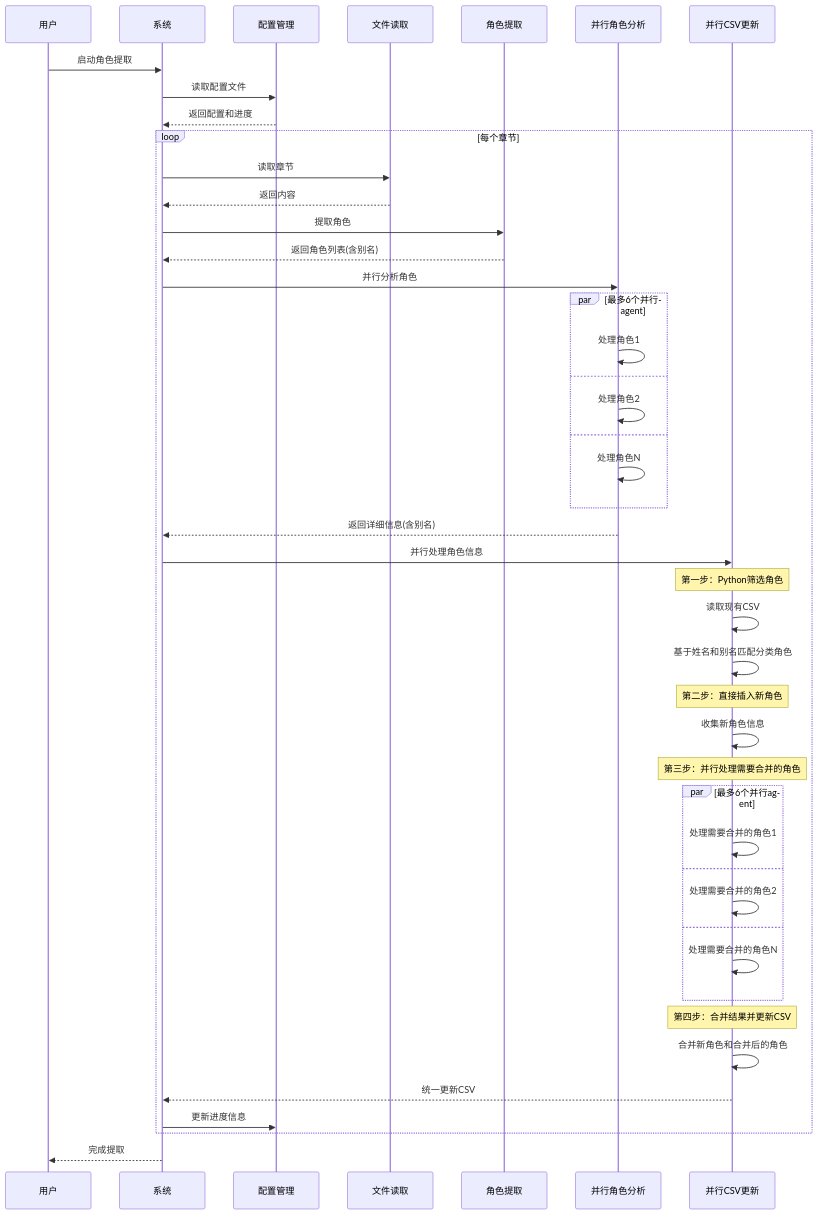
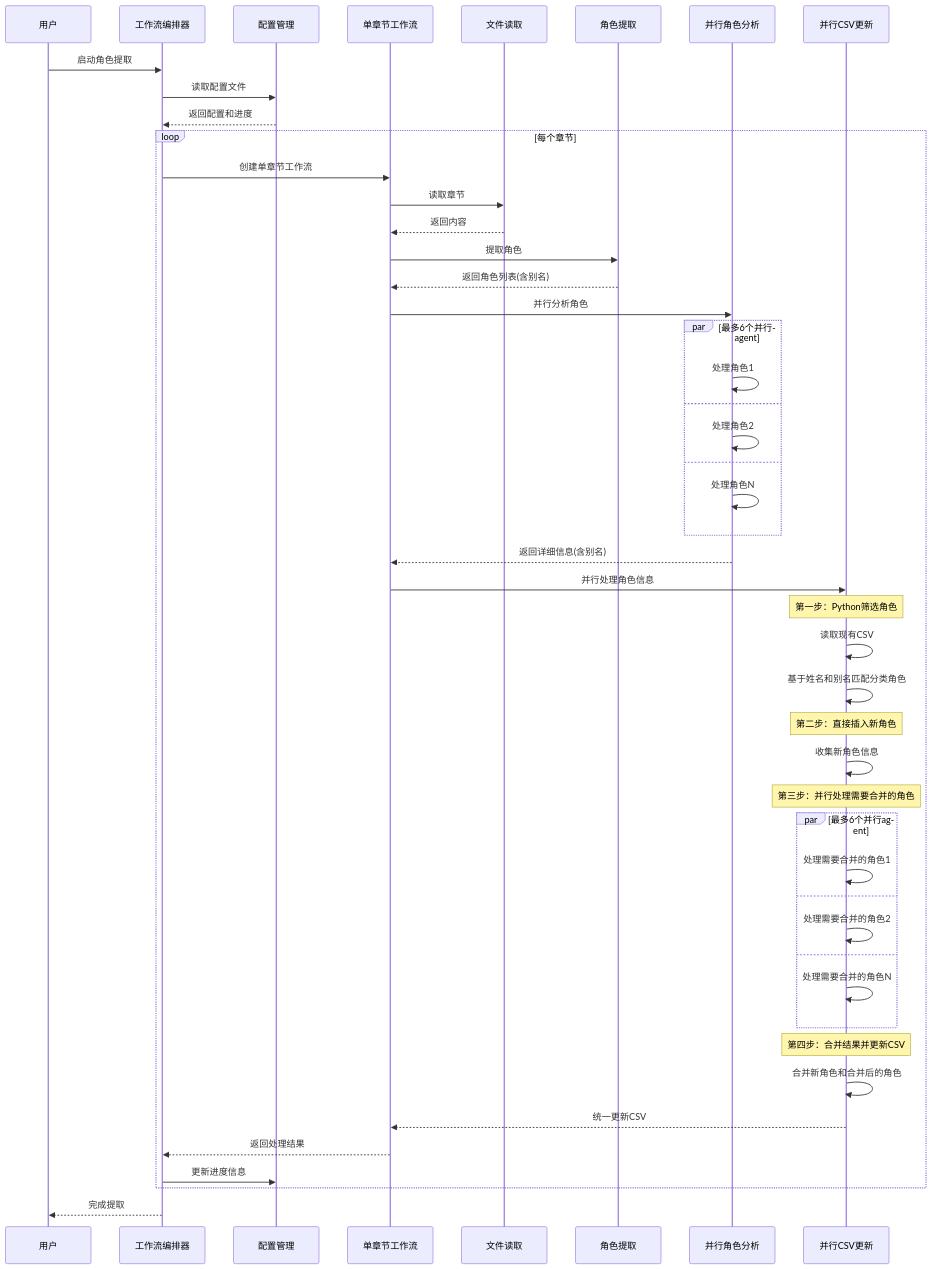
One commit to xueanxi/sharebook changed the ninth of 9 diagrams in docs/角色提取设计.md. Above: the diagram before and after it, drawn with Mermaid. The commit also changed other lines of this file, not shown here.

````diff
--- a/docs/角色提取设计.md
+++ b/docs/角色提取设计.md
@@ -468,48 +494,51 @@
 ```mermaid
 sequenceDiagram
     participant User as 用户
-    participant System as 系统
+    participant Orchestrator as 工作流编排器
     participant Config as 配置管理
+    participant ChapterWorkflow as 单章节工作流
     participant FileReader as 文件读取
     participant Extractor as 角色提取
     participant Analyzer as 并行角色分析
     participant CSV as 并行CSV更新
     
-    User->>System: 启动角色提取
-    System->>Config: 读取配置文件
-    Config-->>System: 返回配置和进度
+    User->>Orchestrator: 启动角色提取
+    Orchestrator->>Config: 读取配置文件
+    Config-->>Orchestrator: 返回配置和进度
     loop 每个章节
-        System->>FileReader: 读取章节
-        FileReader-->>System: 返回内容
-        System->>Extractor: 提取角色
-        Extractor-->>System: 返回角色列表(含别名)
-        System->>Analyzer: 并行分析角色
+        Orchestrator->>ChapterWorkflow: 创建单章节工作流
+        ChapterWorkflow->>FileReader: 读取章节
+        FileReader-->>ChapterWorkflow: 返回内容
+        ChapterWorkflow->>Extractor: 提取角色
+        Extractor-->>ChapterWorkflow: 返回角色列表(含别名)
+        ChapterWorkflow->>Analyzer: 并行分析角色
         par 最多6个并行agent
             Analyzer->>Analyzer: 处理角色1
         and
             Analyzer->>Analyzer: 处理角色2
         and
             Analyzer->>Analyzer: 处理角色N
         end
-        Analyzer-->>System: 返回详细信息(含别名)
-        System->>CSV: 并行处理角色信息
+        Analyzer-->>ChapterWorkflow: 返回详细信息(含别名)
+        ChapterWorkflow->>CSV: 并行处理角色信息
         Note over CSV: 第一步：Python筛选角色
         CSV->>CSV: 读取现有CSV
         CSV->>CSV: 基于姓名和别名匹配分类角色
         Note over CSV: 第二步：直接插入新角色
         CSV->>CSV: 收集新角色信息
         Note over CSV: 第三步：并行处理需要合并的角色
         par 最多6个并行agent
             CSV->>CSV: 处理需要合并的角色1
         and
             CSV->>CSV: 处理需要合并的角色2
         and
             CSV->>CSV: 处理需要合并的角色N
         end
         Note over CSV: 第四步：合并结果并更新CSV
         CSV->>CSV: 合并新角色和合并后的角色
-        CSV-->>System: 统一更新CSV
-        System->>Config: 更新进度信息
+        CSV-->>ChapterWorkflow: 统一更新CSV
+        ChapterWorkflow-->>Orchestrator: 返回处理结果
+        Orchestrator->>Config: 更新进度信息
     end
-    System-->>User: 完成提取
+    Orchestrator-->>User: 完成提取
 ```
````
